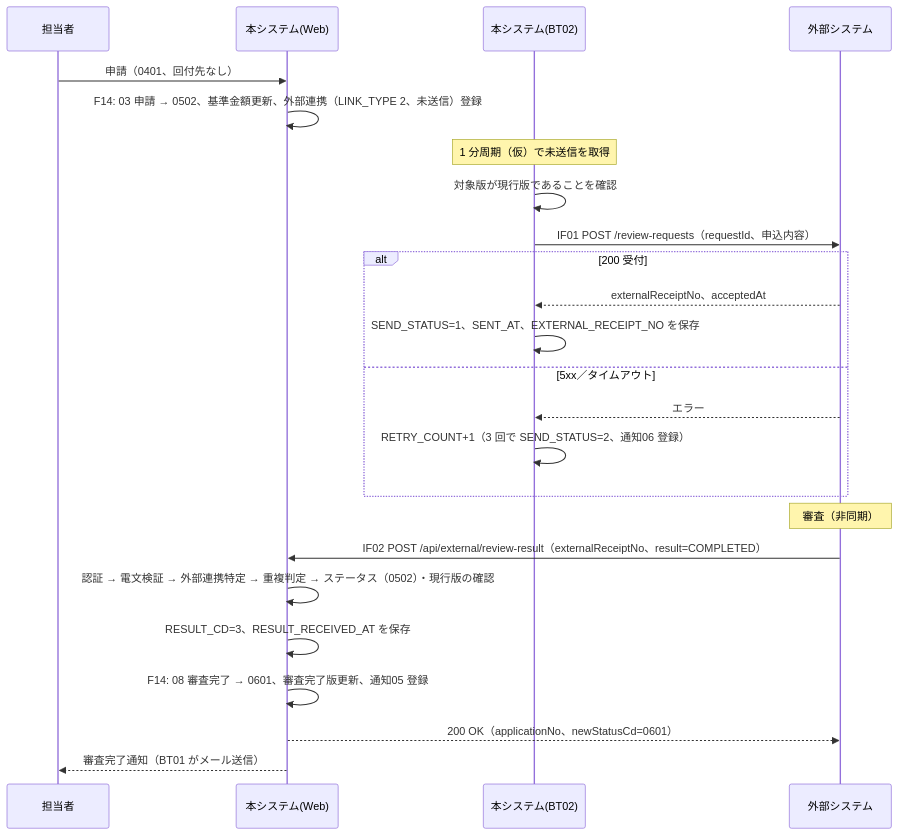
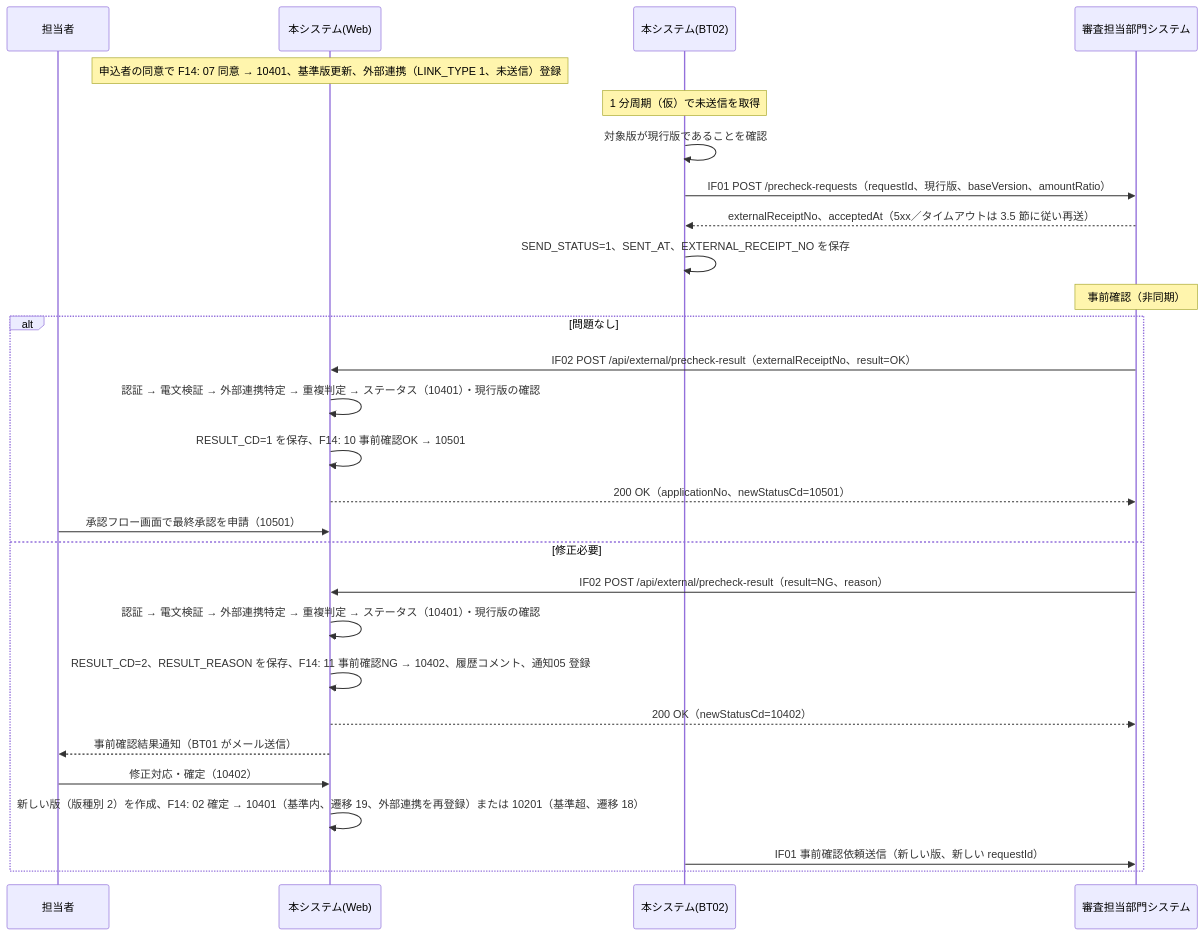
One commit to yasudaProduct/JavaServletSample2 changed the first of 2 diagrams in docs/basic-design/12-external-interface.md. Above: the diagram before and after it, drawn with Mermaid. The commit also changed other lines of this file and 26 other files, not shown here.

````diff
--- a/docs/basic-design/12-external-interface.md
+++ b/docs/basic-design/12-external-interface.md
@@ -352,26 +374,30 @@
 ```mermaid
 sequenceDiagram
     participant O as 担当者
     participant W as 本システム(Web)
     participant B as 本システム(BT02)
-    participant E as 外部システム
-    O->>W: 申請（0401、回付先なし）
-    W->>W: F14: 03 申請 → 0502、基準金額更新、外部連携（LINK_TYPE 2、未送信）登録
+    participant E as 審査担当部門システム
+    Note over W: 申込者の同意で F14: 07 同意 → 10401、基準版更新、外部連携（LINK_TYPE 1、未送信）登録
     Note over B: 1 分周期（仮）で未送信を取得
     B->>B: 対象版が現行版であることを確認
-    B->>E: IF01 POST /review-requests（requestId、申込内容）
-    alt 200 受付
-        E-->>B: externalReceiptNo、acceptedAt
-        B->>B: SEND_STATUS=1、SENT_AT、EXTERNAL_RECEIPT_NO を保存
-    else 5xx／タイムアウト
-        E-->>B: エラー
-        B->>B: RETRY_COUNT+1（3 回で SEND_STATUS=2、通知06 登録）
+    B->>E: IF01 POST /precheck-requests（requestId、現行版、baseVersion、amountRatio）
+    E-->>B: externalReceiptNo、acceptedAt（5xx／タイムアウトは 3.5 節に従い再送）
+    B->>B: SEND_STATUS=1、SENT_AT、EXTERNAL_RECEIPT_NO を保存
+    Note over E: 事前確認（非同期）
+    alt 問題なし
+        E->>W: IF02 POST /api/external/precheck-result（externalReceiptNo、result=OK）
+        W->>W: 認証 → 電文検証 → 外部連携特定 → 重複判定 → ステータス（10401）・現行版の確認
+        W->>W: RESULT_CD=1 を保存、F14: 10 事前確認OK → 10501
+        W-->>E: 200 OK（applicationNo、newStatusCd=10501）
+        O->>W: 承認フロー画面で最終承認を申請（10501）
+    else 修正必要
+        E->>W: IF02 POST /api/external/precheck-result（result=NG、reason）
+        W->>W: 認証 → 電文検証 → 外部連携特定 → 重複判定 → ステータス（10401）・現行版の確認
+        W->>W: RESULT_CD=2、RESULT_REASON を保存、F14: 11 事前確認NG → 10402、履歴コメント、通知05 登録
+        W-->>E: 200 OK（newStatusCd=10402）
+        W-->>O: 事前確認結果通知（BT01 がメール送信）
+        O->>W: 修正対応・確定（10402）
+        W->>W: 新しい版（版種別 2）を作成、F14: 02 確定 → 10401（基準内、遷移 19、外部連携を再登録）または 10201（基準超、遷移 18）
+        B->>E: IF01 事前確認依頼送信（新しい版、新しい requestId）
     end
-    Note over E: 審査（非同期）
-    E->>W: IF02 POST /api/external/review-result（externalReceiptNo、result=COMPLETED）
-    W->>W: 認証 → 電文検証 → 外部連携特定 → 重複判定 → ステータス（0502）・現行版の確認
-    W->>W: RESULT_CD=3、RESULT_RECEIVED_AT を保存
-    W->>W: F14: 08 審査完了 → 0601、審査完了版更新、通知05 登録
-    W-->>E: 200 OK（applicationNo、newStatusCd=0601）
-    W-->>O: 審査完了通知（BT01 がメール送信）
 ```
````
